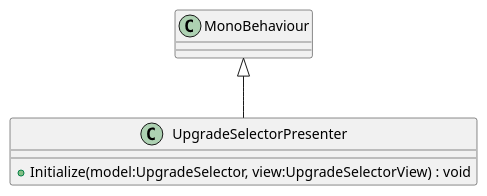
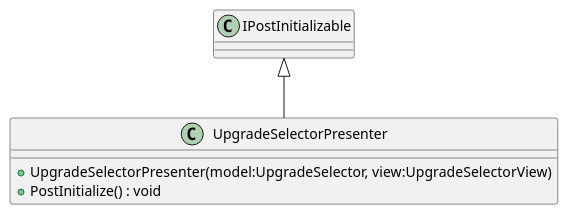
Before and after one commit to asterisk-cn/RougueShooter: the diagram in plantuml/auto/Upgrade/UpgradeSelectorPresenter.puml, drawn with PlantUML. The commit also changed 44 other files, not shown here.

Commit message:
change: update uml

```diff
--- a/plantuml/auto/Upgrade/UpgradeSelectorPresenter.puml
+++ b/plantuml/auto/Upgrade/UpgradeSelectorPresenter.puml
@@ -1,6 +1,7 @@
 @startuml
 class UpgradeSelectorPresenter {
-    + Initialize(model:UpgradeSelector, view:UpgradeSelectorView) : void
+    + UpgradeSelectorPresenter(model:UpgradeSelector, view:UpgradeSelectorView)
+    + PostInitialize() : void
 }
-MonoBehaviour <|-- UpgradeSelectorPresenter
+IPostInitializable <|-- UpgradeSelectorPresenter
 @enduml
```
